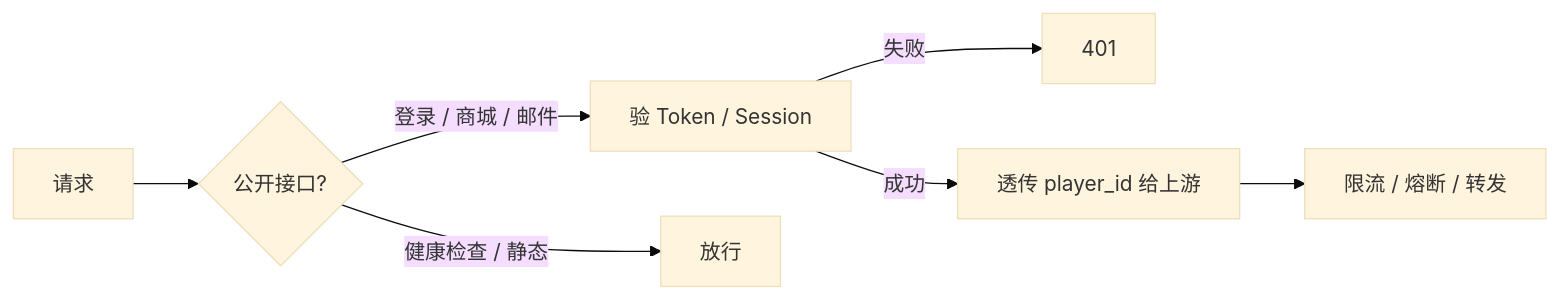
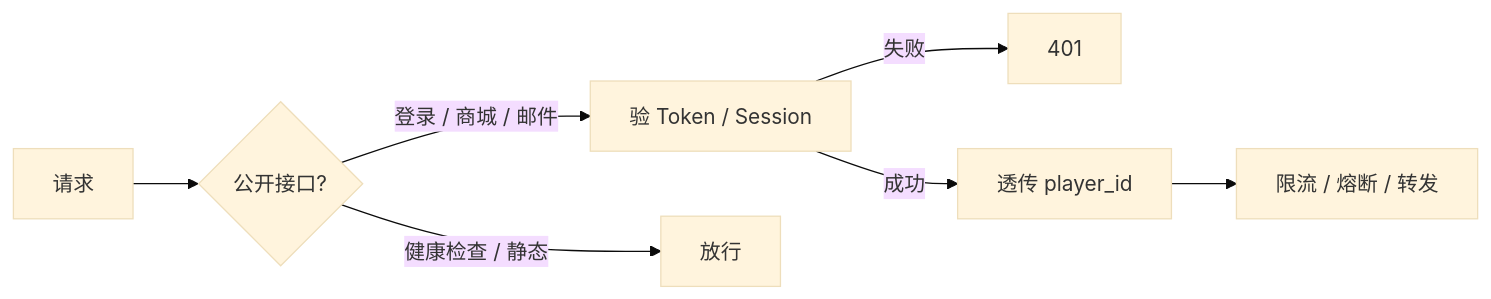
The sixth of 10 diagrams in 02-中间件与数据库/09-API网关与服务治理/知识点.md (ml-cuizijun/LearnToLilith), drawn with Mermaid (base theme) before and after one commit. The commit also changed other lines of this file and 178 other files, not shown here.

````diff
--- a/02-中间件与数据库/09-API网关与服务治理/知识点.md
+++ b/02-中间件与数据库/09-API网关与服务治理/知识点.md
@@ -317,12 +216,9 @@
 ```mermaid
 flowchart LR
     A[请求] --> B{公开接口?}
     B -->|登录 / 商城 / 邮件| C[验 Token / Session]
     B -->|健康检查 / 静态| D[放行]
     C -->|失败| E[401]
-    C -->|成功| F[透传 player_id 给上游]
+    C -->|成功| F[透传 player_id]
     F --> G[限流 / 熔断 / 转发]
-
-    class D,F,G ok
-    class E bad
 ```
````
